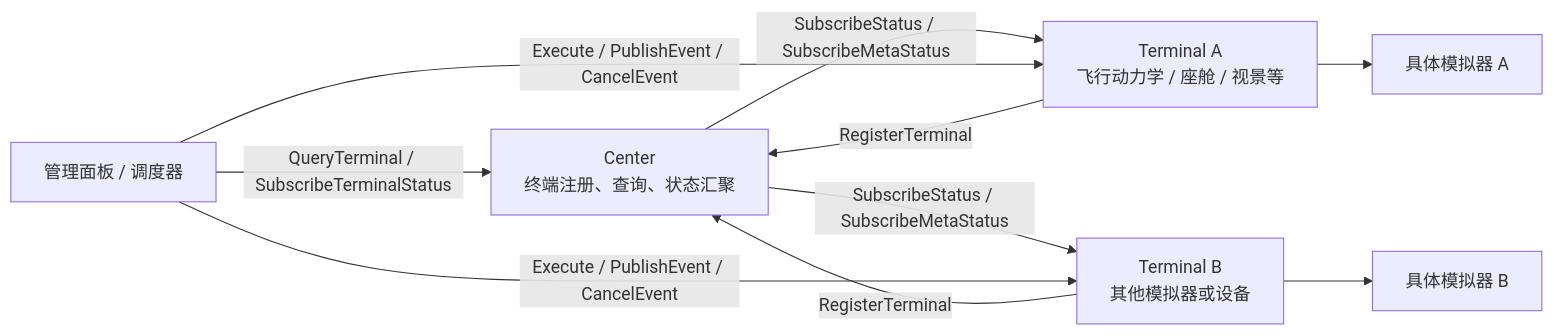
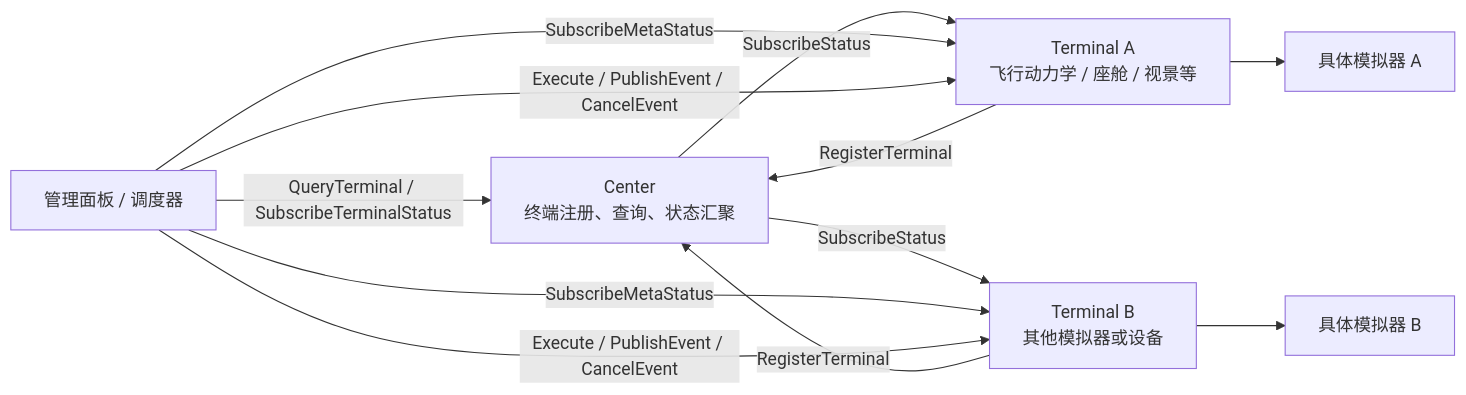
One commit to Aniakea/vannessa changed the first of 3 diagrams in source/_posts/关于飞行仿真控制系统设计的思考.md. Above: the diagram before and after it, drawn with Mermaid. The commit also changed other lines of this file, not shown here.

````diff
--- a/source/_posts/关于飞行仿真控制系统设计的思考.md
+++ b/source/_posts/关于飞行仿真控制系统设计的思考.md
@@ -65,19 +65,21 @@
 ```mermaid
 flowchart LR
     Panel[管理面板 / 调度器]
     Center["Center<br/>终端注册、查询、状态汇聚"]
     TerminalA["Terminal A<br/>飞行动力学 / 座舱 / 视景等"]
     TerminalB["Terminal B<br/>其他模拟器或设备"]
     SimulatorA[具体模拟器 A]
     SimulatorB[具体模拟器 B]
 
     TerminalA -- "RegisterTerminal" --> Center
     TerminalB -- "RegisterTerminal" --> Center
     Panel -- "QueryTerminal / SubscribeTerminalStatus" --> Center
-    Center -- "SubscribeStatus / SubscribeMetaStatus" --> TerminalA
-    Center -- "SubscribeStatus / SubscribeMetaStatus" --> TerminalB
+    Center -- "SubscribeStatus" --> TerminalA
+    Center -- "SubscribeStatus" --> TerminalB
+    Panel -- "SubscribeMetaStatus" --> TerminalA
+    Panel -- "SubscribeMetaStatus" --> TerminalB
     Panel -- "Execute / PublishEvent / CancelEvent" --> TerminalA
     Panel -- "Execute / PublishEvent / CancelEvent" --> TerminalB
     TerminalA --> SimulatorA
     TerminalB --> SimulatorB
 ```
````
